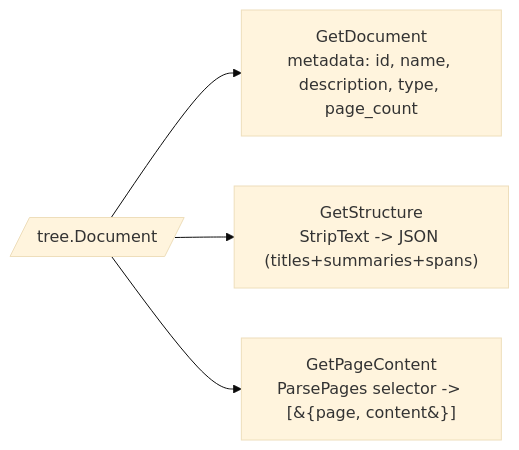
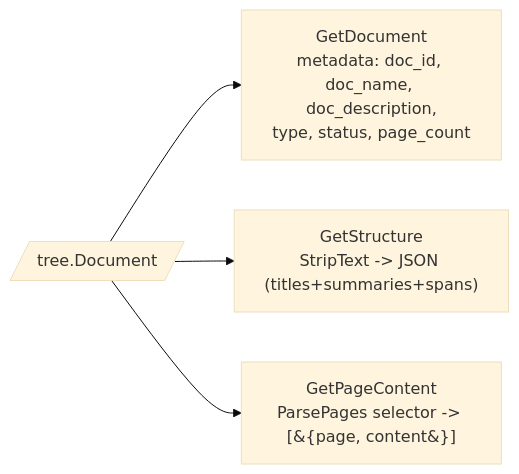
One commit to jjfantini/pindex changed the fifth of 7 diagrams in system_design/pindex/PindexSystemDesign.md. Above: the diagram before and after it, drawn with Mermaid (base theme). The commit also changed other lines of this file, not shown here.

````diff
--- a/system_design/pindex/PindexSystemDesign.md
+++ b/system_design/pindex/PindexSystemDesign.md
@@ -184,10 +188,10 @@
 ```mermaid
 flowchart LR
     DOC[/"tree.Document"/]
-    GD["GetDocument<br/>metadata: id, name, description, type, page_count"]
+    GD["GetDocument<br/>metadata: doc_id, doc_name, doc_description,<br/>type, status, page_count"]
     GS["GetStructure<br/>StripText -> JSON (titles+summaries+spans)"]
     GP["GetPageContent<br/>ParsePages selector -> [&#123;page, content&#125;]"]
     DOC --> GD
     DOC --> GS
     DOC --> GP
 ```
````
